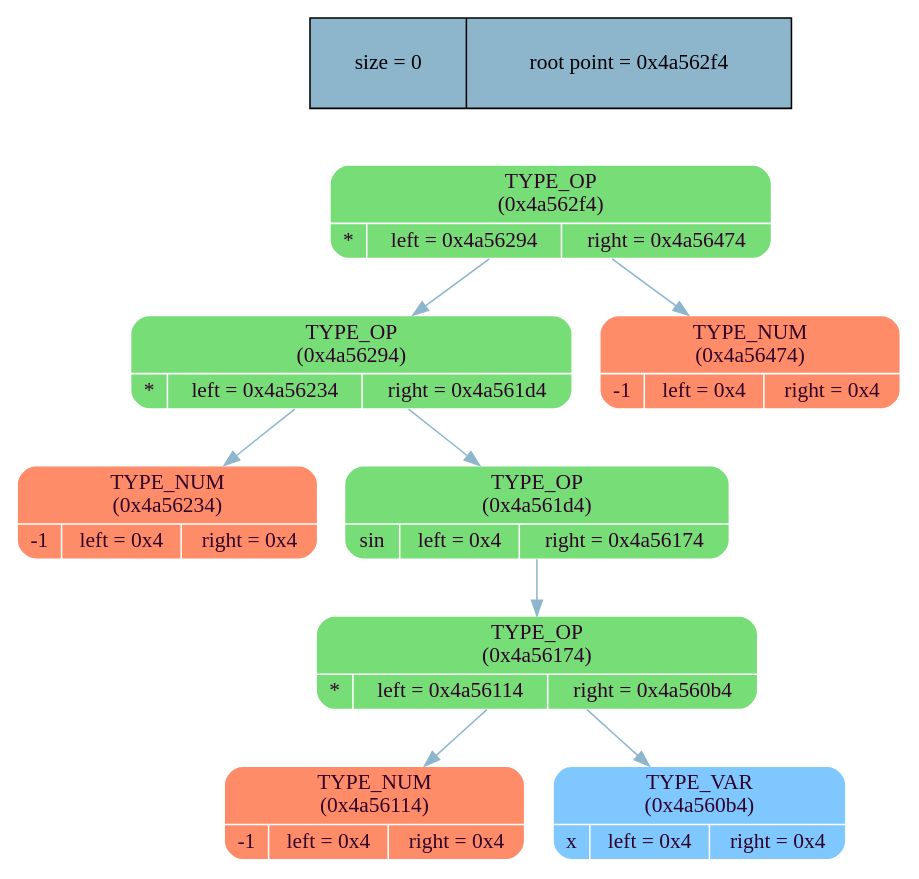
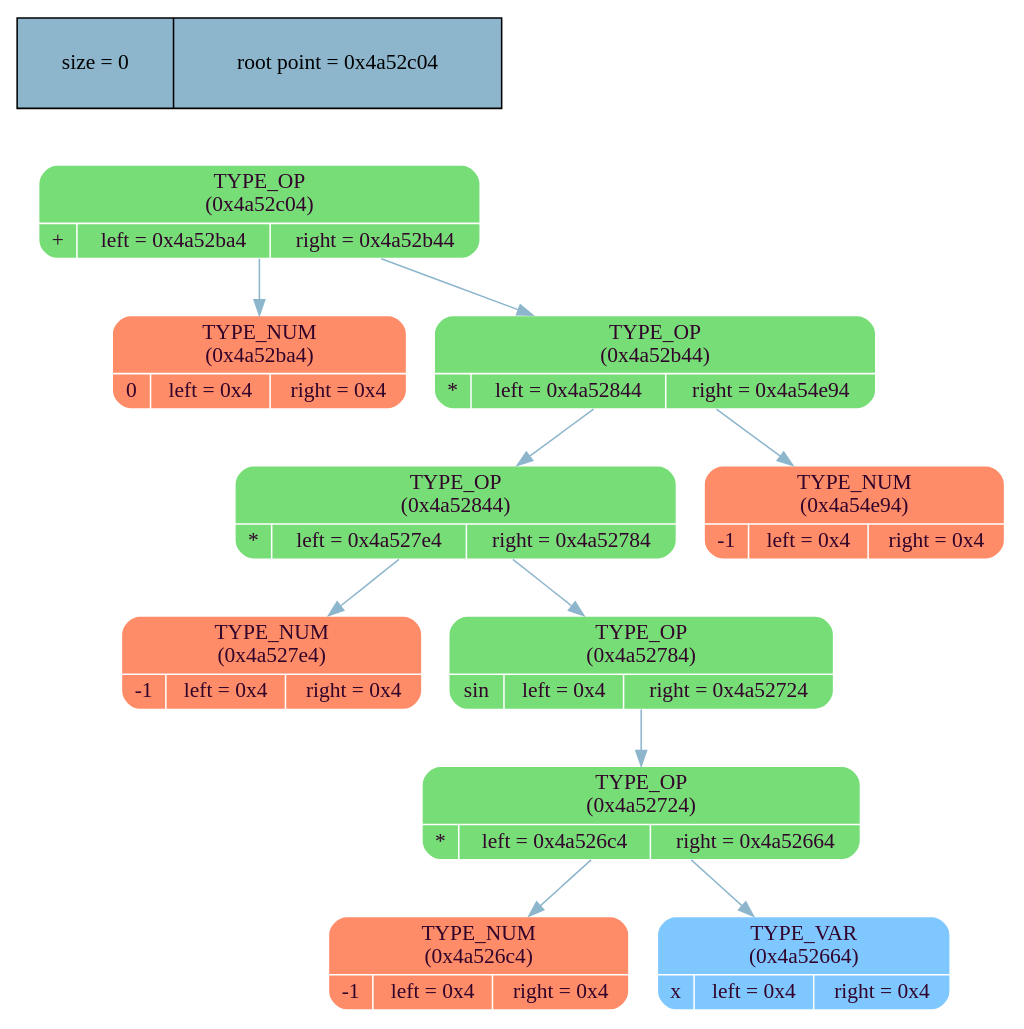
Before and after one commit to MaxGroshev/differentiator: the diagram in tree/graph_lib/tree_dump.dot, drawn with Graphviz. The commit also changed 10 other files, not shown here.

```diff
--- a/tree/graph_lib/tree_dump.dot
+++ b/tree/graph_lib/tree_dump.dot
@@ -1,24 +1,28 @@
 digraph   
 {
 rankdir = ""
 splines = "true"
 
-node_stat [margin = "0.3*0.3", style = "filled", shape = "record", fillcolor = "#8DB6CD" label = " size = 0 | root point = 0x4a562f4"]
+node_stat [margin = "0.3*0.3", style = "filled", shape = "record", fillcolor = "#8DB6CD" label = " size = 0 | root point = 0x4a52c04"]
 {rank = source; node_stat}
 
-node0x4a562f4 [shape = "Mrecord", fillcolor = "#77DD77", style = "filled", fontcolor = "#31032A", fontname = "Calibri", color = "white", label = "{TYPE_OP\n (0x4a562f4)| {* |left = 0x4a56294 |right = 0x4a56474}}"]
-node0x4a562f4 -> node0x4a56294 [color = "#8DB6CD", style = "", constraint = true, fillcolor = "#8DB6CD",   fontcolor = "", fontname = "Calibri", label = ""];
-node0x4a56294 [shape = "Mrecord", fillcolor = "#77DD77", style = "filled", fontcolor = "#31032A", fontname = "Calibri", color = "white", label = "{TYPE_OP\n (0x4a56294)| {* |left = 0x4a56234 |right = 0x4a561d4}}"]
-node0x4a56294 -> node0x4a56234 [color = "#8DB6CD", style = "", constraint = true, fillcolor = "#8DB6CD",   fontcolor = "", fontname = "Calibri", label = ""];
-node0x4a56234 [shape = "Mrecord", fillcolor = "#FF8C69", style = "filled", fontcolor = "#31032A", fontname = "Calibri", color = "white", label = "{TYPE_NUM\n (0x4a56234)| {-1 |left = 0x4 |right = 0x4}}"]
-node0x4a56294 -> node0x4a561d4 [color = "#8DB6CD", style = "", constraint = true, fillcolor = "#8DB6CD",   fontcolor = "", fontname = "Calibri", label = ""];
-node0x4a561d4 [shape = "Mrecord", fillcolor = "#77DD77", style = "filled", fontcolor = "#31032A", fontname = "Calibri", color = "white", label = "{TYPE_OP\n (0x4a561d4)| {sin |left = 0x4 |right = 0x4a56174}}"]
-node0x4a561d4 -> node0x4a56174 [color = "#8DB6CD", style = "", constraint = true, fillcolor = "#8DB6CD",   fontcolor = "", fontname = "Calibri", label = ""];
-node0x4a56174 [shape = "Mrecord", fillcolor = "#77DD77", style = "filled", fontcolor = "#31032A", fontname = "Calibri", color = "white", label = "{TYPE_OP\n (0x4a56174)| {* |left = 0x4a56114 |right = 0x4a560b4}}"]
-node0x4a56174 -> node0x4a56114 [color = "#8DB6CD", style = "", constraint = true, fillcolor = "#8DB6CD",   fontcolor = "", fontname = "Calibri", label = ""];
-node0x4a56114 [shape = "Mrecord", fillcolor = "#FF8C69", style = "filled", fontcolor = "#31032A", fontname = "Calibri", color = "white", label = "{TYPE_NUM\n (0x4a56114)| {-1 |left = 0x4 |right = 0x4}}"]
-node0x4a56174 -> node0x4a560b4 [color = "#8DB6CD", style = "", constraint = true, fillcolor = "#8DB6CD",   fontcolor = "", fontname = "Calibri", label = ""];
-node0x4a560b4 [shape = "Mrecord", fillcolor = "#7FC7FF", style = "filled", fontcolor = "#31032A", fontname = "Calibri", color = "white", label = "{TYPE_VAR\n (0x4a560b4)| {x |left = 0x4 |right = 0x4}}"]
-node0x4a562f4 -> node0x4a56474 [color = "#8DB6CD", style = "", constraint = true, fillcolor = "#8DB6CD",   fontcolor = "", fontname = "Calibri", label = ""];
-node0x4a56474 [shape = "Mrecord", fillcolor = "#FF8C69", style = "filled", fontcolor = "#31032A", fontname = "Calibri", color = "white", label = "{TYPE_NUM\n (0x4a56474)| {-1 |left = 0x4 |right = 0x4}}"]
+node0x4a52c04 [shape = "Mrecord", fillcolor = "#77DD77", style = "filled", fontcolor = "#31032A", fontname = "Calibri", color = "white", label = "{TYPE_OP\n (0x4a52c04)| {+ |left = 0x4a52ba4 |right = 0x4a52b44}}"]
+node0x4a52c04 -> node0x4a52ba4 [color = "#8DB6CD", style = "", constraint = true, fillcolor = "#8DB6CD",   fontcolor = "", fontname = "Calibri", label = ""];
+node0x4a52ba4 [shape = "Mrecord", fillcolor = "#FF8C69", style = "filled", fontcolor = "#31032A", fontname = "Calibri", color = "white", label = "{TYPE_NUM\n (0x4a52ba4)| {0 |left = 0x4 |right = 0x4}}"]
+node0x4a52c04 -> node0x4a52b44 [color = "#8DB6CD", style = "", constraint = true, fillcolor = "#8DB6CD",   fontcolor = "", fontname = "Calibri", label = ""];
+node0x4a52b44 [shape = "Mrecord", fillcolor = "#77DD77", style = "filled", fontcolor = "#31032A", fontname = "Calibri", color = "white", label = "{TYPE_OP\n (0x4a52b44)| {* |left = 0x4a52844 |right = 0x4a54e94}}"]
+node0x4a52b44 -> node0x4a52844 [color = "#8DB6CD", style = "", constraint = true, fillcolor = "#8DB6CD",   fontcolor = "", fontname = "Calibri", label = ""];
+node0x4a52844 [shape = "Mrecord", fillcolor = "#77DD77", style = "filled", fontcolor = "#31032A", fontname = "Calibri", color = "white", label = "{TYPE_OP\n (0x4a52844)| {* |left = 0x4a527e4 |right = 0x4a52784}}"]
+node0x4a52844 -> node0x4a527e4 [color = "#8DB6CD", style = "", constraint = true, fillcolor = "#8DB6CD",   fontcolor = "", fontname = "Calibri", label = ""];
+node0x4a527e4 [shape = "Mrecord", fillcolor = "#FF8C69", style = "filled", fontcolor = "#31032A", fontname = "Calibri", color = "white", label = "{TYPE_NUM\n (0x4a527e4)| {-1 |left = 0x4 |right = 0x4}}"]
+node0x4a52844 -> node0x4a52784 [color = "#8DB6CD", style = "", constraint = true, fillcolor = "#8DB6CD",   fontcolor = "", fontname = "Calibri", label = ""];
+node0x4a52784 [shape = "Mrecord", fillcolor = "#77DD77", style = "filled", fontcolor = "#31032A", fontname = "Calibri", color = "white", label = "{TYPE_OP\n (0x4a52784)| {sin |left = 0x4 |right = 0x4a52724}}"]
+node0x4a52784 -> node0x4a52724 [color = "#8DB6CD", style = "", constraint = true, fillcolor = "#8DB6CD",   fontcolor = "", fontname = "Calibri", label = ""];
+node0x4a52724 [shape = "Mrecord", fillcolor = "#77DD77", style = "filled", fontcolor = "#31032A", fontname = "Calibri", color = "white", label = "{TYPE_OP\n (0x4a52724)| {* |left = 0x4a526c4 |right = 0x4a52664}}"]
+node0x4a52724 -> node0x4a526c4 [color = "#8DB6CD", style = "", constraint = true, fillcolor = "#8DB6CD",   fontcolor = "", fontname = "Calibri", label = ""];
+node0x4a526c4 [shape = "Mrecord", fillcolor = "#FF8C69", style = "filled", fontcolor = "#31032A", fontname = "Calibri", color = "white", label = "{TYPE_NUM\n (0x4a526c4)| {-1 |left = 0x4 |right = 0x4}}"]
+node0x4a52724 -> node0x4a52664 [color = "#8DB6CD", style = "", constraint = true, fillcolor = "#8DB6CD",   fontcolor = "", fontname = "Calibri", label = ""];
+node0x4a52664 [shape = "Mrecord", fillcolor = "#7FC7FF", style = "filled", fontcolor = "#31032A", fontname = "Calibri", color = "white", label = "{TYPE_VAR\n (0x4a52664)| {x |left = 0x4 |right = 0x4}}"]
+node0x4a52b44 -> node0x4a54e94 [color = "#8DB6CD", style = "", constraint = true, fillcolor = "#8DB6CD",   fontcolor = "", fontname = "Calibri", label = ""];
+node0x4a54e94 [shape = "Mrecord", fillcolor = "#FF8C69", style = "filled", fontcolor = "#31032A", fontname = "Calibri", color = "white", label = "{TYPE_NUM\n (0x4a54e94)| {-1 |left = 0x4 |right = 0x4}}"]
 }
```
